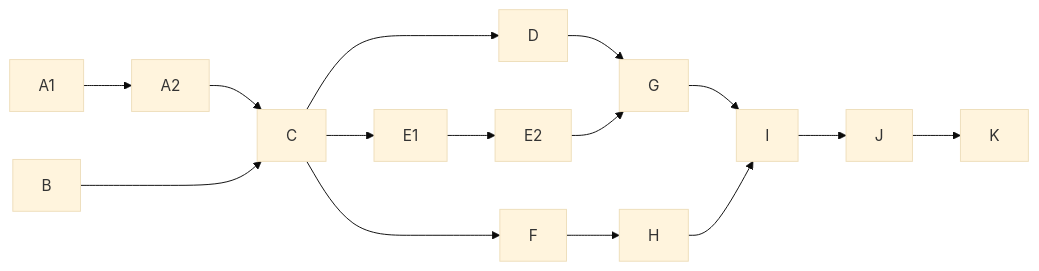
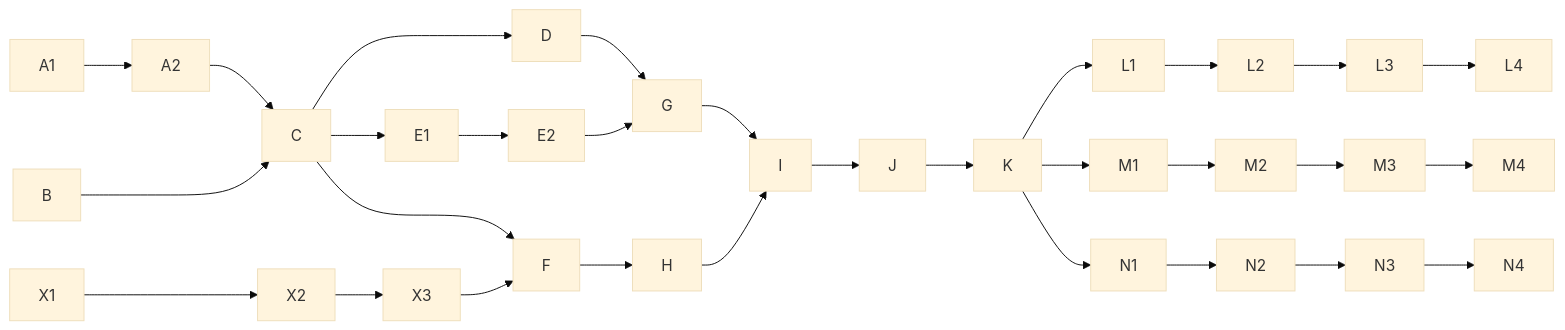
The diagram in README.md (wojiaojsjzs/data-hamal), drawn with Mermaid (base theme) before and after one commit. The commit also changed other lines of this file and 24 other files, not shown here.

````diff
--- a/README.md
+++ b/README.md
@@ -110,18 +110,25 @@
 ```mermaid
 flowchart LR
     A1 --> A2
     A2 --> C
     B ---> C
     C  --> D
     D  --> G
     C  --> F
     C  --> E1
     E1 --> E2
     E2 --> G
     F  --> H
     G  --> I
     H  --> I
     I  --> J
     J  --> K
     
+    
+    F 
+    X1 ---> X2 --> X3  --> F
+    
+    K  --> L1  --> L2 --> L3 --> L4
+    K  --> M1  --> M2 --> M3 --> M4
+    K  --> N1  --> N2 --> N3 --> N4
 ```
````
